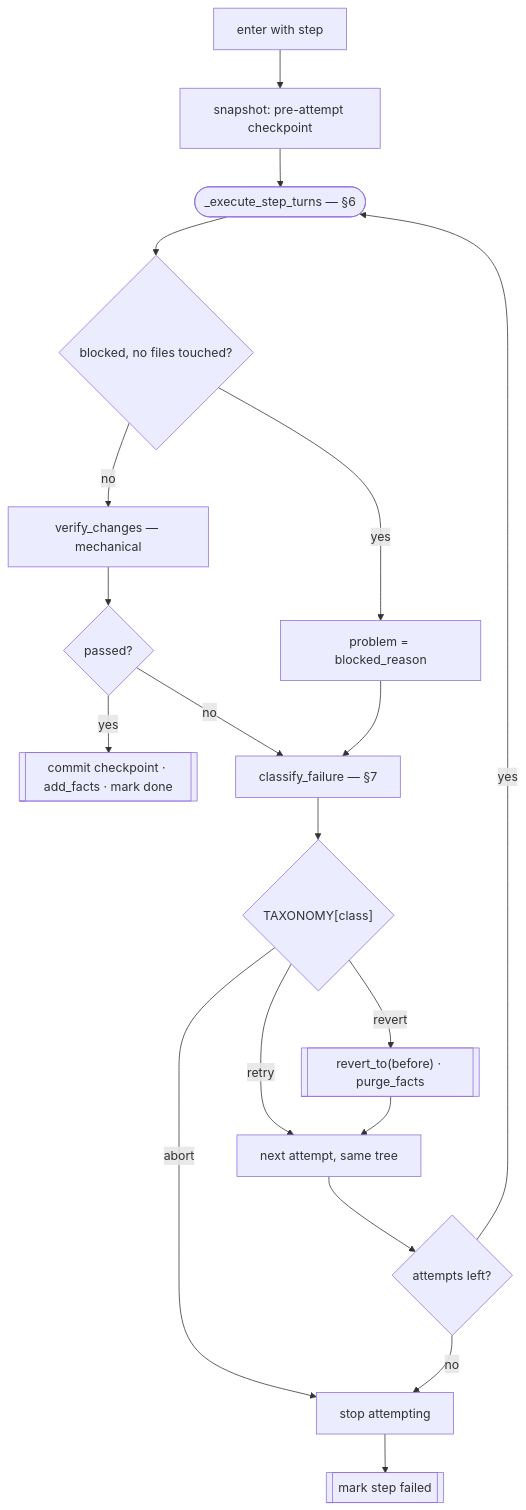
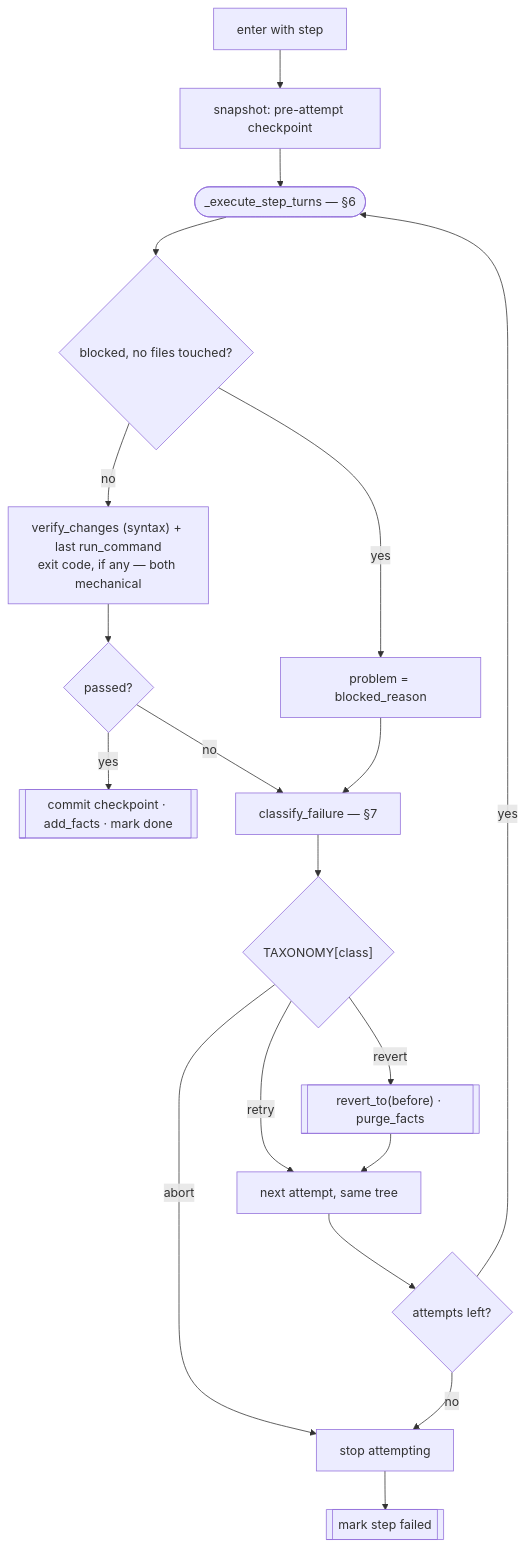
One commit to devDivij/agentic-ide changed the sixth of 15 diagrams in docs/ORCHESTRATOR-FLOW.md. Above: the diagram before and after it, drawn with Mermaid. The commit also changed other lines of this file and 29 other files, not shown here.

````diff
--- a/docs/ORCHESTRATOR-FLOW.md
+++ b/docs/ORCHESTRATOR-FLOW.md
@@ -233,20 +233,20 @@
 ```mermaid
 flowchart TD
   A["enter with step"] --> B["snapshot: pre-attempt checkpoint"]
   B --> C(["_execute_step_turns — §6"])
   C --> D{"blocked, no files touched?"}
   D -->|yes| E["problem = blocked_reason"]
-  D -->|no| F["verify_changes — mechanical"]
+  D -->|no| F["verify_changes (syntax) + last run_command<br/>exit code, if any — both mechanical"]
   F --> G{"passed?"}
   G -->|yes| H[["commit checkpoint · add_facts · mark done"]]
   G -->|no| I["classify_failure — §7"]
   E --> I
   I --> J{"TAXONOMY[class]"}
   J -->|retry| K["next attempt, same tree"]
   J -->|revert| L[["revert_to(before) · purge_facts"]] --> K
   J -->|abort| M["stop attempting"]
   K --> N{"attempts left?"}
   N -->|yes| C
   N -->|no| M
   M --> O[["mark step failed"]]
 ```
````
